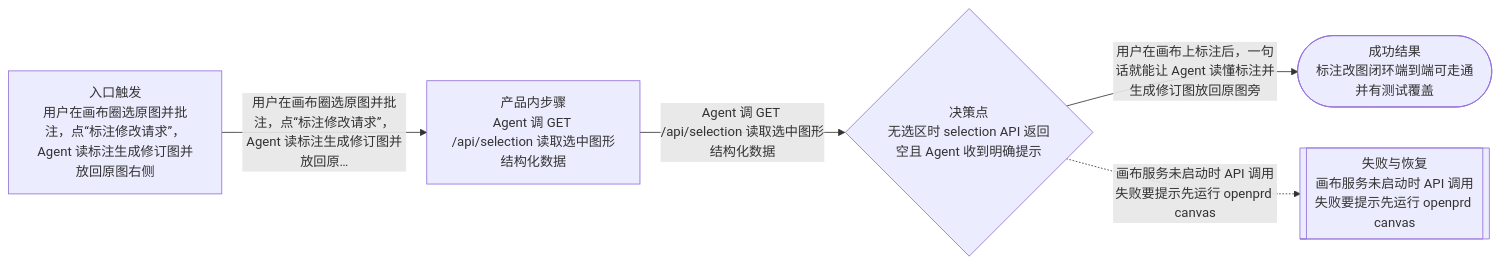
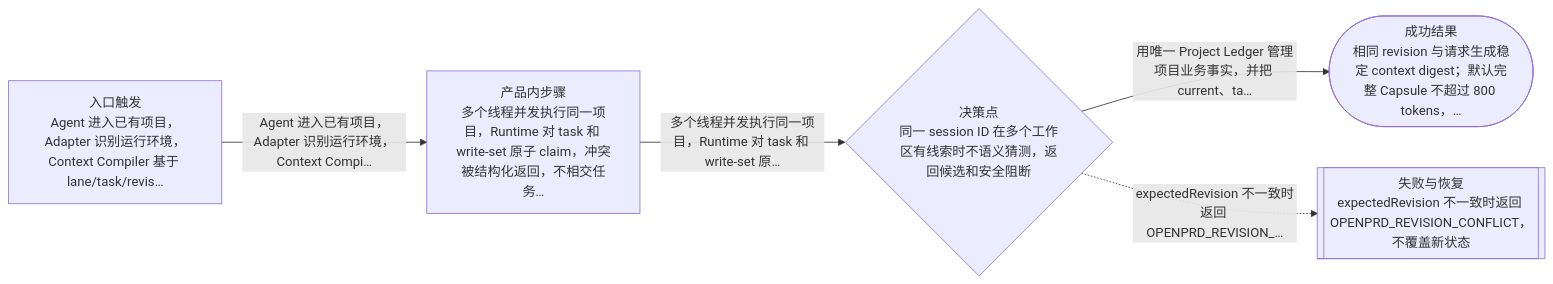
The diagram in .openprd/engagements/active/flows.md (mileson/open-vibecoding), drawn with Mermaid before and after one commit. The commit also changed other lines of this file and 201 other files, not shown here.

````diff
--- a/.openprd/engagements/active/flows.md
+++ b/.openprd/engagements/active/flows.md
@@ -12,12 +14,12 @@
 ```mermaid
 flowchart LR
-  entry["入口触发<br/>用户在画布圈选原图并批注，点“标注修改请求”，Agent 读标注生成修订图并放回原图右侧"]
-  experience["产品内步骤<br/>Agent 调 GET /api/selection 读取选中图形结构化数据"]
-  decision{"决策点<br/>无选区时 selection API 返回空且 Agent 收到明确提示"}
-  success(["成功结果<br/>标注改图闭环端到端可走通并有测试覆盖"])
-  failure[["失败与恢复<br/>画布服务未启动时 API 调用失败要提示先运行 openprd canvas"]]
-  entry -->|"用户在画布圈选原图并批注，点“标注修改请求”，Agent 读标注生成修订图并放回原…"| experience
-  experience -->|"Agent 调 GET /api/selection 读取选中图形结构化数据"| decision
-  decision -->|"用户在画布上标注后，一句话就能让 Agent 读懂标注并生成修订图放回原图旁"| success
-  decision -.->|"画布服务未启动时 API 调用失败要提示先运行 openprd canvas"| failure
+  entry["入口触发<br/>Agent 进入已有项目，Adapter 识别运行环境，Context Compiler 基于 lane/task/revis…"]
+  experience["产品内步骤<br/>多个线程并发执行同一项目，Runtime 对 task 和 write-set 原子 claim，冲突被结构化返回，不相交任务…"]
+  decision{"决策点<br/>同一 session ID 在多个工作区有线索时不语义猜测，返回候选和安全阻断"}
+  success(["成功结果<br/>相同 revision 与请求生成稳定 context digest；默认完整 Capsule 不超过 800 tokens，…"])
+  failure[["失败与恢复<br/>expectedRevision 不一致时返回 OPENPRD_REVISION_CONFLICT，不覆盖新状态"]]
+  entry -->|"Agent 进入已有项目，Adapter 识别运行环境，Context Compi…"| experience
+  experience -->|"多个线程并发执行同一项目，Runtime 对 task 和 write-set 原…"| decision
+  decision -->|"用唯一 Project Ledger 管理项目业务事实，并把 current、ta…"| success
+  decision -.->|"expectedRevision 不一致时返回 OPENPRD_REVISION_…"| failure
 ```
````
